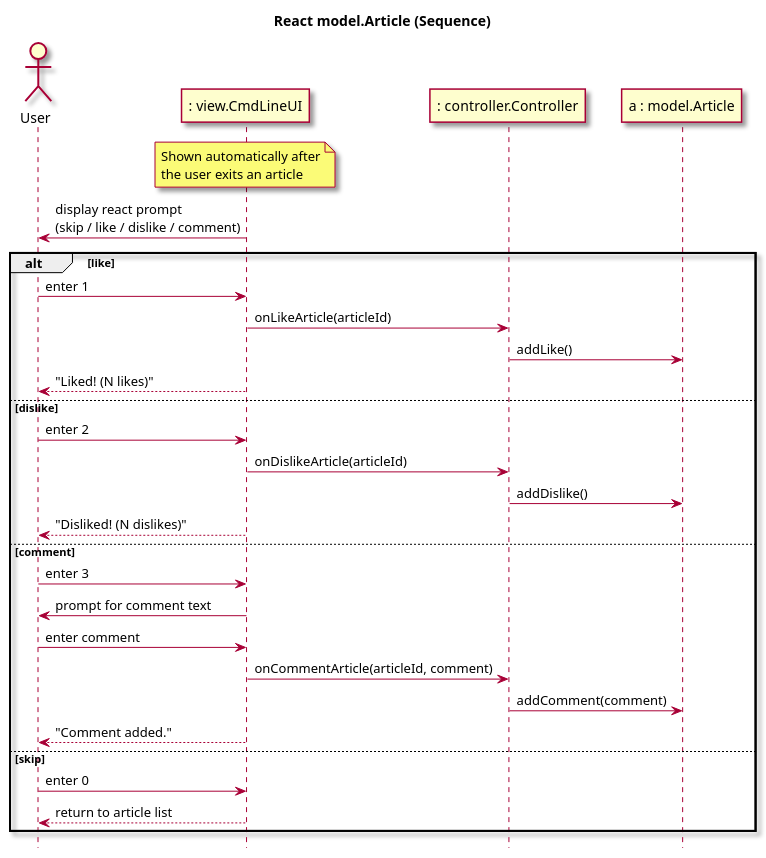
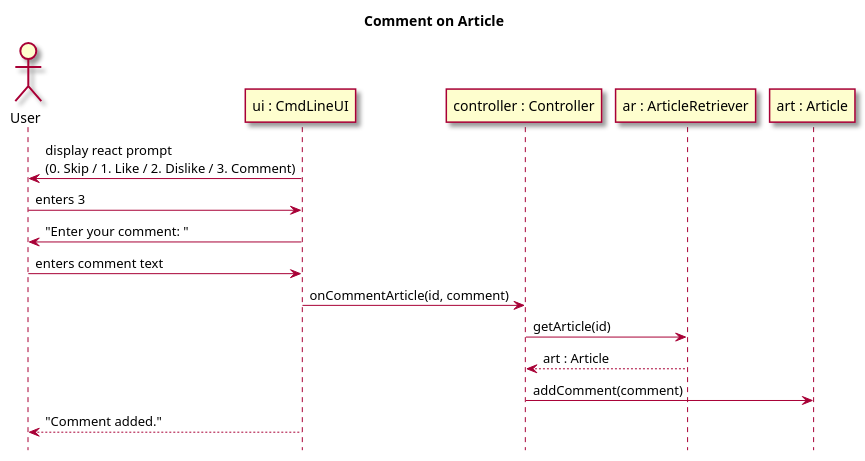
Before and after one commit to owhitleym-ui/EcoScoop: the fourth of 5 diagrams in intellij/doc/use-cases/react-article.md, drawn with PlantUML. The commit also changed other lines of this file and 8 other files, not shown here.

Commit message:
Updated Sequence Diagrams

````diff
--- a/intellij/doc/use-cases/react-article.md
+++ b/intellij/doc/use-cases/react-article.md
@@ -79,43 +125,24 @@
 ```plantuml
 @startuml
 skin rose
 hide footbox
-title React model.Article (Sequence)
+title Comment on Article
 
-actor User
-participant ": view.CmdLineUI" as view.UI
-participant ": controller.Controller" as controller.Controller
-participant "a : model.Article" as model.Article
+actor User as user
+participant "ui : CmdLineUI" as UI
+participant "controller : Controller" as controller
+participant "ar : ArticleRetriever" as AR
+participant "art : Article" as article
 
-note over view.UI : Shown automatically after\nthe user exits an article
-
-view.UI -> User : display react prompt\n(skip / like / dislike / comment)
-
-alt like
-    User -> view.UI : enter 1
-    view.UI -> controller.Controller : onLikeArticle(articleId)
-    controller.Controller -> model.Article : addLike()
-    view.UI --> User : "Liked! (N likes)"
-
-else dislike
-    User -> view.UI : enter 2
-    view.UI -> controller.Controller : onDislikeArticle(articleId)
-    controller.Controller -> model.Article : addDislike()
-    view.UI --> User : "Disliked! (N dislikes)"
-
-else comment
-    User -> view.UI : enter 3
-    view.UI -> User : prompt for comment text
-    User -> view.UI : enter comment
-    view.UI -> controller.Controller : onCommentArticle(articleId, comment)
-    controller.Controller -> model.Article : addComment(comment)
-    view.UI --> User : "Comment added."
-
-else skip
-    User -> view.UI : enter 0
-    view.UI --> User : return to article list
-
-end
+UI -> user : display react prompt\n(0. Skip / 1. Like / 2. Dislike / 3. Comment)
+user -> UI : enters 3
+UI -> user : "Enter your comment: "
+user -> UI : enters comment text
+UI -> controller : onCommentArticle(id, comment)
+controller -> AR : getArticle(id)
+AR --> controller : art : Article
+controller -> article : addComment(comment)
+UI --> user : "Comment added."
 
 @enduml
 ```
````
